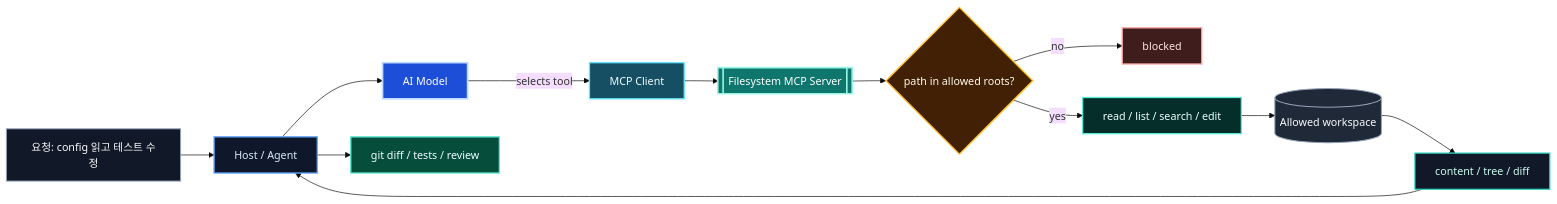
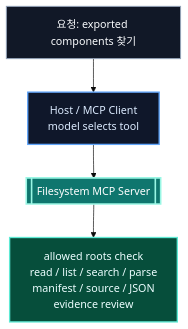
One commit to koalav/present-anyything changed the sixth of 16 diagrams in docs/ai-agent-effective-use/mermaid-diagrams.md. Above: the diagram before and after it, drawn with Mermaid (base theme). The commit also changed other lines of this file and 26 other files, not shown here.

````diff
--- a/docs/ai-agent-effective-use/mermaid-diagrams.md
+++ b/docs/ai-agent-effective-use/mermaid-diagrams.md
@@ -126,25 +127,15 @@
 ```mermaid
-flowchart LR
-  Request["요청: config 읽고 테스트 수정"]:::input --> Host["Host / Agent"]:::host
-  Host --> Model["AI Model"]:::model
-  Model -->|selects tool| Client["MCP Client"]:::client
-  Client --> Server[["Filesystem MCP Server"]]:::server
-  Server --> Guard{"path in allowed roots?"}:::guard
-  Guard -->|no| Denied["blocked"]:::deny
-  Guard -->|yes| Ops["read / list / search / edit"]:::tool
-  Ops --> Workspace[("Allowed workspace")]:::fs
-  Workspace --> Result["content / tree / diff"]:::result
-  Result --> Host
-  Host --> Verify["git diff / tests / review"]:::success
+flowchart TB
+  Request["요청: exported components 찾기"]:::input --> Host["Host / MCP Client<br/>model selects tool"]:::host
+  Host --> Server[["Filesystem MCP Server"]]:::server
+  Server --> Verify["allowed roots check<br/>read / list / search / parse<br/>manifest / source / JSON<br/>evidence review"]:::success
   classDef input fill:#111827,stroke:#94a3b8,color:#f8fafc,stroke-width:1.5px;
   classDef host fill:#0f172a,stroke:#60a5fa,color:#dbeafe,stroke-width:2px;
   classDef model fill:#1d4ed8,stroke:#bfdbfe,color:#ffffff,stroke-width:2.5px;
   classDef client fill:#164e63,stroke:#67e8f9,color:#ecfeff,stroke-width:2px;
   classDef server fill:#0f766e,stroke:#99f6e4,color:#ffffff,stroke-width:2.4px;
   classDef guard fill:#422006,stroke:#fbbf24,color:#fffbeb,stroke-width:2px;
   classDef deny fill:#3f1d1d,stroke:#fca5a5,color:#fee2e2,stroke-width:2px;
   classDef tool fill:#052e2b,stroke:#5eead4,color:#ecfeff,stroke-width:2px;
-  classDef fs fill:#1f2937,stroke:#94a3b8,color:#f8fafc,stroke-width:1.5px;
-  classDef result fill:#111827,stroke:#2dd4bf,color:#ccfbf1,stroke-width:1.8px;
   classDef success fill:#064e3b,stroke:#5eead4,color:#ecfeff,stroke-width:2px;
 ```
````
